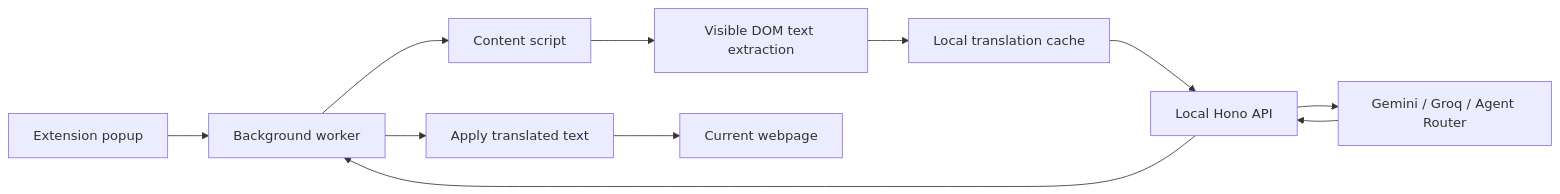
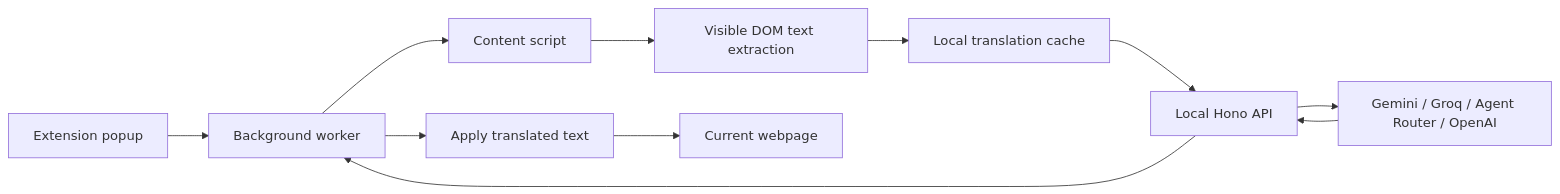
One commit to MAHMOUDIFARID/bdarija-extension changed the diagram in README.md. Above: the diagram before and after it, drawn with Mermaid. The commit also changed other lines of this file and 11 other files, not shown here.

Commit message:
Add OpenAI provider support

````diff
--- a/README.md
+++ b/README.md
@@ -50,13 +50,13 @@
 ```mermaid
 flowchart LR
   Popup["Extension popup"] --> Background["Background worker"]
   Background --> Content["Content script"]
   Content --> Extract["Visible DOM text extraction"]
   Extract --> Cache["Local translation cache"]
   Cache --> API["Local Hono API"]
-  API --> Provider["Gemini / Groq / Agent Router"]
+  API --> Provider["Gemini / Groq / Agent Router / OpenAI"]
   Provider --> API
   API --> Background
   Background --> Apply["Apply translated text"]
   Apply --> Page["Current webpage"]
 ```
````
